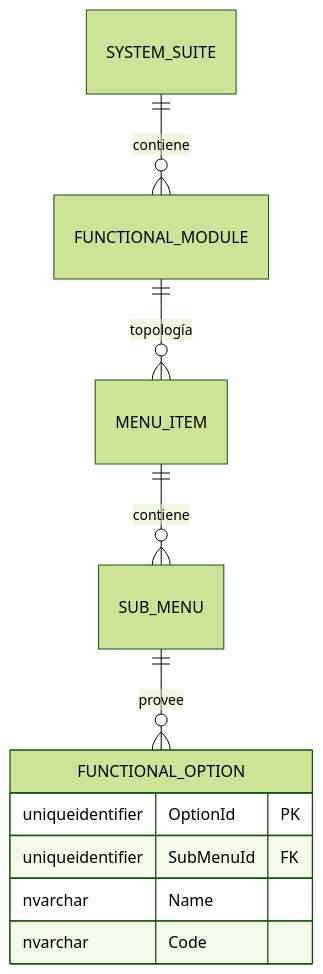
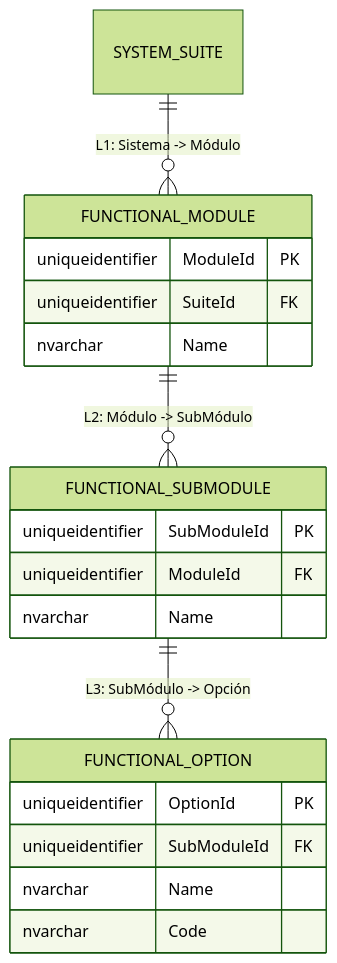
Before and after one commit to beyondnetcode/ums: the third of 3 diagrams in architecture/blueprints-es/database-design-er.md, drawn with Mermaid (forest theme). The commit also changed other lines of this file and 2 other files, not shown here.

Commit message:
feat(auth): enforce strict 5-level functional hierarchy in authorization model (EN/ES)

````diff
--- a/architecture/blueprints-es/database-design-er.md
+++ b/architecture/blueprints-es/database-design-er.md
@@ -77,14 +76,25 @@
 ```mermaid
 erDiagram
-    SYSTEM_SUITE ||--o{ FUNCTIONAL_MODULE : "contiene"
-    FUNCTIONAL_MODULE ||--o{ MENU_ITEM : "topología"
-    MENU_ITEM ||--o{ SUB_MENU : "contiene"
-    SUB_MENU ||--o{ FUNCTIONAL_OPTION : "provee"
+    SYSTEM_SUITE ||--o{ FUNCTIONAL_MODULE : "L1: Sistema -> Módulo"
+    FUNCTIONAL_MODULE ||--o{ FUNCTIONAL_SUBMODULE : "L2: Módulo -> SubMódulo"
+    FUNCTIONAL_SUBMODULE ||--o{ FUNCTIONAL_OPTION : "L3: SubMódulo -> Opción"
+    
+    FUNCTIONAL_MODULE {
+        uniqueidentifier ModuleId PK
+        uniqueidentifier SuiteId FK
+        nvarchar Name
+    }
+    
+    FUNCTIONAL_SUBMODULE {
+        uniqueidentifier SubModuleId PK
+        uniqueidentifier ModuleId FK
+        nvarchar Name
+    }
     
     FUNCTIONAL_OPTION {
         uniqueidentifier OptionId PK
-        uniqueidentifier SubMenuId FK
+        uniqueidentifier SubModuleId FK
         nvarchar Name
         nvarchar Code
     }
 ```
````
